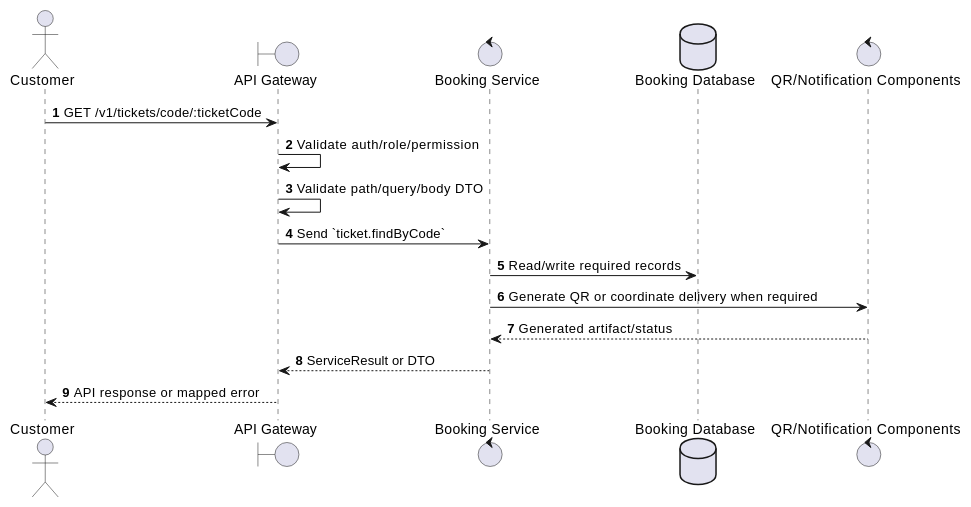
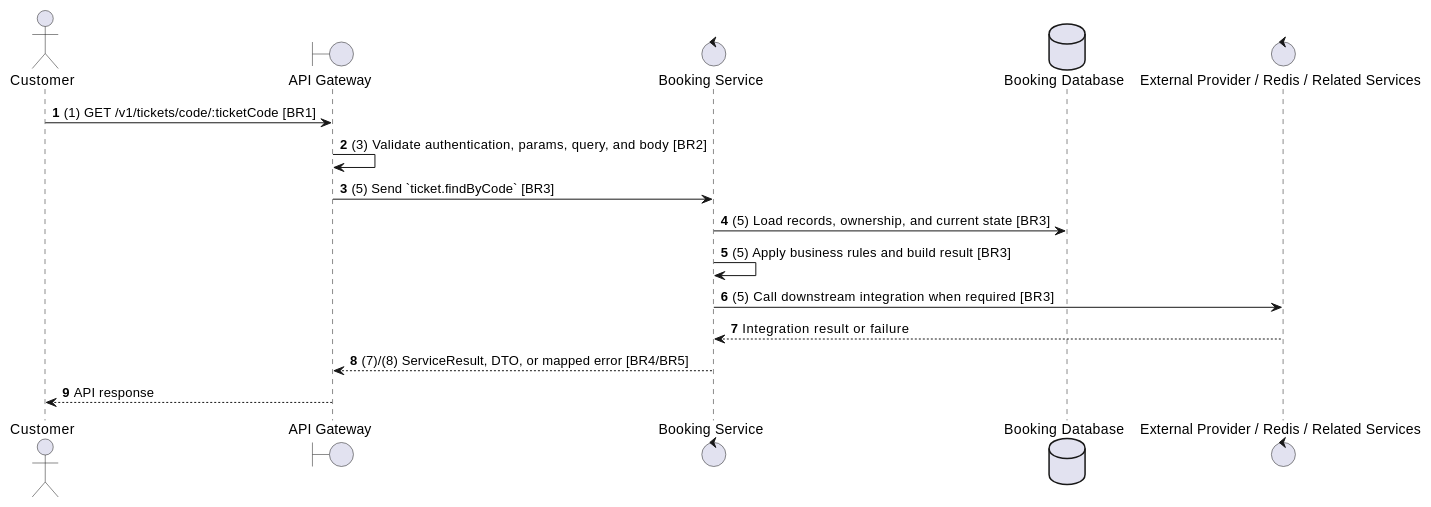
Before and after one commit to Tanh1603/movie-hub-architecture: the second of 2 diagrams in docs/functional_specs/3.7_Ticket_Management_Module/TK-02_Find_Ticket_by_Code.md, drawn with PlantUML. The commit also changed other lines of this file and 129 other files, not shown here.

````diff
--- a/docs/functional_specs/3.7_Ticket_Management_Module/TK-02_Find_Ticket_by_Code.md
+++ b/docs/functional_specs/3.7_Ticket_Management_Module/TK-02_Find_Ticket_by_Code.md
@@ -17,20 +64,20 @@
 ```plantuml
 @startuml
 autonumber
 actor "Customer" as Actor
 boundary "API Gateway" as GW
 control "Booking Service" as SVC
 database "Booking Database" as DB
-control "QR/Notification Components" as EXT
+control "External Provider / Redis / Related Services" as EXT
 
-Actor -> GW: GET /v1/tickets/code/:ticketCode
-GW -> GW: Validate auth/role/permission
-GW -> GW: Validate path/query/body DTO
-GW -> SVC: Send `ticket.findByCode`
-SVC -> DB: Read/write required records
-SVC -> EXT: Generate QR or coordinate delivery when required
-EXT --> SVC: Generated artifact/status
-SVC --> GW: ServiceResult or DTO
-GW --> Actor: API response or mapped error
+Actor -> GW: (1) GET /v1/tickets/code/:ticketCode [BR1]
+GW -> GW: (3) Validate authentication, params, query, and body [BR2]
+GW -> SVC: (5) Send `ticket.findByCode` [BR3]
+SVC -> DB: (5) Load records, ownership, and current state [BR3]
+SVC -> SVC: (5) Apply business rules and build result [BR3]
+SVC -> EXT: (5) Call downstream integration when required [BR3]
+EXT --> SVC: Integration result or failure
+SVC --> GW: (7)/(8) ServiceResult, DTO, or mapped error [BR4/BR5]
+GW --> Actor: API response
 @enduml
 ```
````
